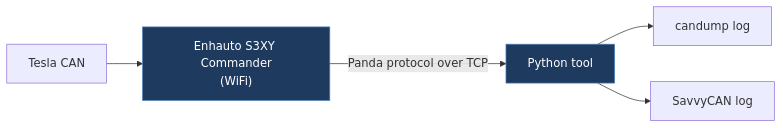
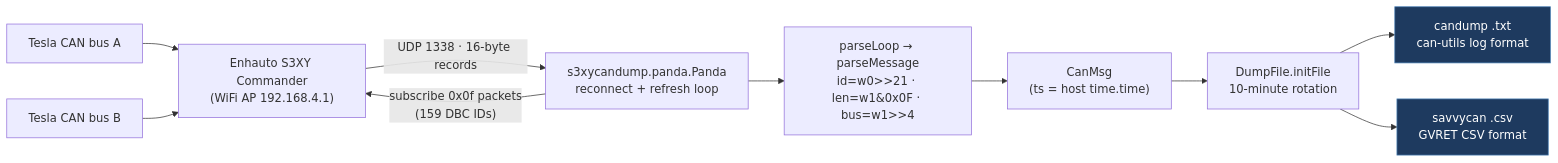
Before and after one commit to babico/TeslaCANModder: the first of 2 diagrams in docs/legacy/tumik-S3XY-candump.md, drawn with Mermaid. The commit also changed other lines of this file and 99 other files, not shown here.

````diff
--- a/docs/legacy/tumik-S3XY-candump.md
+++ b/docs/legacy/tumik-S3XY-candump.md
@@ -19,9 +81,14 @@
 ```mermaid
 flowchart LR
-    Car["Tesla CAN"] --> S3XY["Enhauto S3XY Commander<br/>(WiFi)"]
-    S3XY -->|Panda protocol over TCP| Py["Python tool"]
-    Py --> Candump["candump log"]
-    Py --> Savvy["SavvyCAN log"]
-    classDef path fill:#1e3a5f,stroke:#4a7fb5,color:#fff
-    class S3XY,Py path
+    BusA["Tesla CAN bus A"] --> Cmdr["Enhauto S3XY Commander<br/>(WiFi AP 192.168.4.1)"]
+    BusB["Tesla CAN bus B"] --> Cmdr
+    Cmdr -->|"UDP 1338 · 16-byte records" | Panda["s3xycandump.panda.Panda<br/>reconnect + refresh loop"]
+    Panda -->|"subscribe 0x0f packets<br/>(159 DBC IDs)" | Cmdr
+    Panda --> Parse["parseLoop → parseMessage<br/>id=w0>>21 · len=w1&0x0F · bus=w1>>4"]
+    Parse --> Msg["CanMsg<br/>(ts = host time.time)"]
+    Msg --> DF["DumpFile.initFile<br/>10-minute rotation"]
+    DF --> CD["candump .txt<br/>can-utils log format"]
+    DF --> SC["savvycan .csv<br/>GVRET CSV format"]
+    classDef sink fill:#1e3a5f,stroke:#4a7fb5,color:#fff
+    class CD,SC sink
 ```
````
